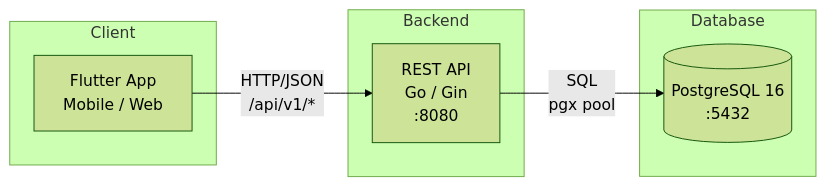
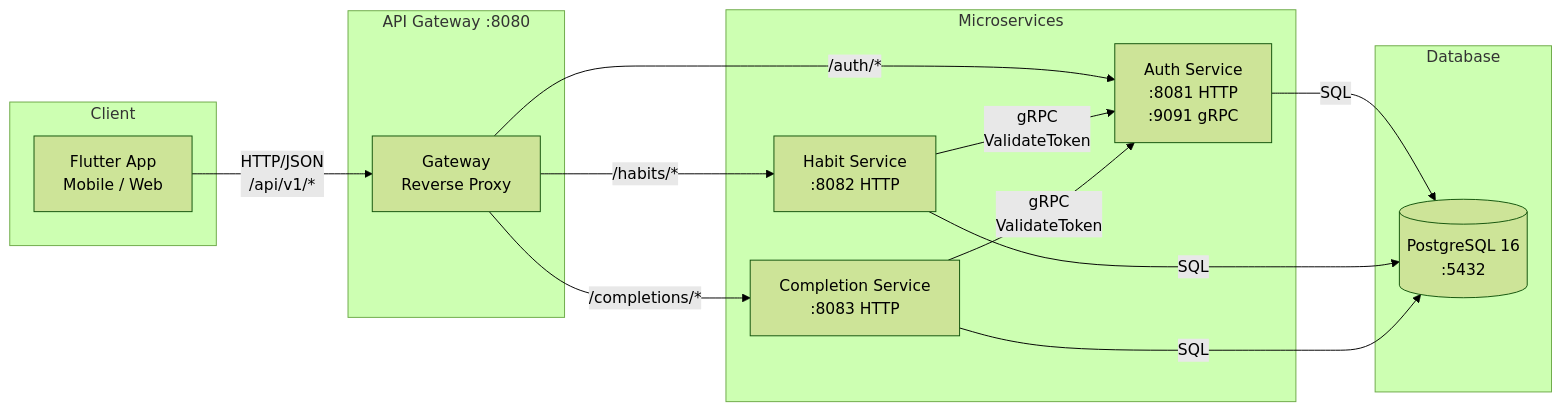
One commit to retake-routines/redemption-arc changed the first of 5 diagrams in docs/architecture.md. Above: the diagram before and after it, drawn with Mermaid (forest theme). The commit also changed other lines of this file and 2 other files, not shown here.

Commit message:
feat(documentation): adjust documents after architecture changes

````diff
--- a/docs/architecture.md
+++ b/docs/architecture.md
@@ -9,17 +9,30 @@
 ```mermaid
 graph LR
     subgraph Client
         A[Flutter App<br/>Mobile / Web]
     end
 
-    subgraph Backend
-        B[REST API<br/>Go / Gin<br/>:8080]
+    subgraph "API Gateway :8080"
+        GW[Gateway<br/>Reverse Proxy]
+    end
+
+    subgraph "Microservices"
+        AS[Auth Service<br/>:8081 HTTP<br/>:9091 gRPC]
+        HS[Habit Service<br/>:8082 HTTP]
+        CS[Completion Service<br/>:8083 HTTP]
     end
 
     subgraph Database
-        C[(PostgreSQL 16<br/>:5432)]
+        DB[(PostgreSQL 16<br/>:5432)]
     end
 
-    A -- "HTTP/JSON<br/>/api/v1/*" --> B
-    B -- "SQL<br/>pgx pool" --> C
+    A -- "HTTP/JSON<br/>/api/v1/*" --> GW
+    GW -- "/auth/*" --> AS
+    GW -- "/habits/*" --> HS
+    GW -- "/completions/*" --> CS
+    HS -- "gRPC<br/>ValidateToken" --> AS
+    CS -- "gRPC<br/>ValidateToken" --> AS
+    AS -- "SQL" --> DB
+    HS -- "SQL" --> DB
+    CS -- "SQL" --> DB
 ```
````
